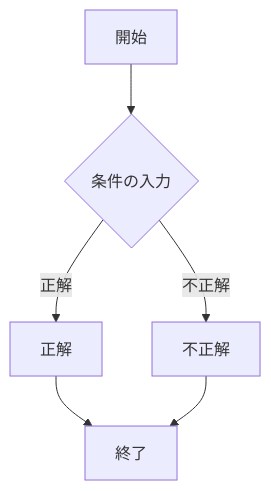
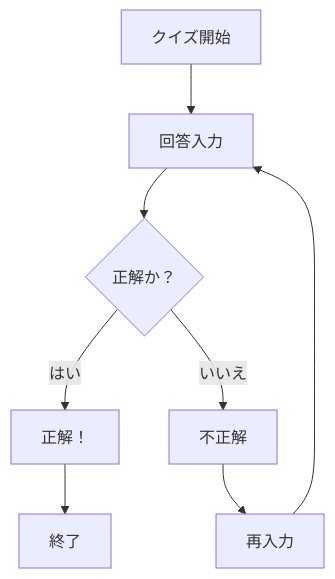
One commit to MGGGZ/janken1-app changed the third of 3 diagrams in README.md. Above: the diagram before and after it, drawn with Mermaid. The commit also changed other lines of this file, not shown here.

````diff
--- a/README.md
+++ b/README.md
@@ -398,14 +398,11 @@
 ```mermaid
-flowchart TD;
-start["開始"];
-end1["終了"]
-if{"条件の入力"}
-1["正解"]
-10["不正解"]
+flowchart TD
+    start["クイズ開始"] --> input["回答入力"]
+    input --> check{"正解か？"}
+    check -->|はい| correct["正解！"]
+    check -->|いいえ| incorrect["不正解"]
+    incorrect --> retry["再入力"]
+    retry --> input
+    correct --> finish["終了"]
 
-start --> if
-if --> |正解|1
-1 --> end1
-if --> |不正解|10
-10 --> end1
 ```
````
